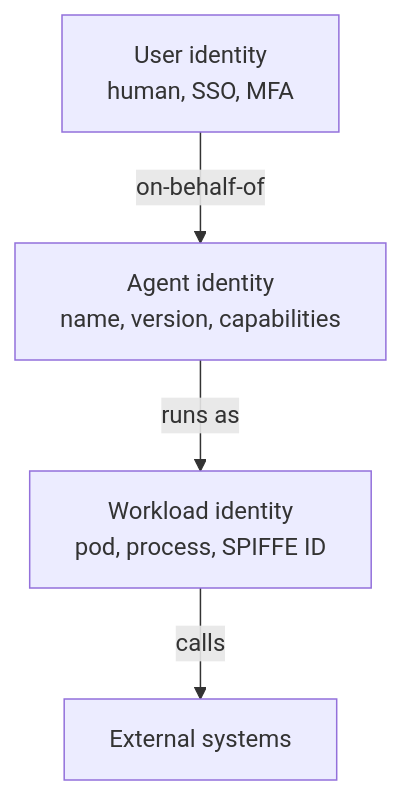
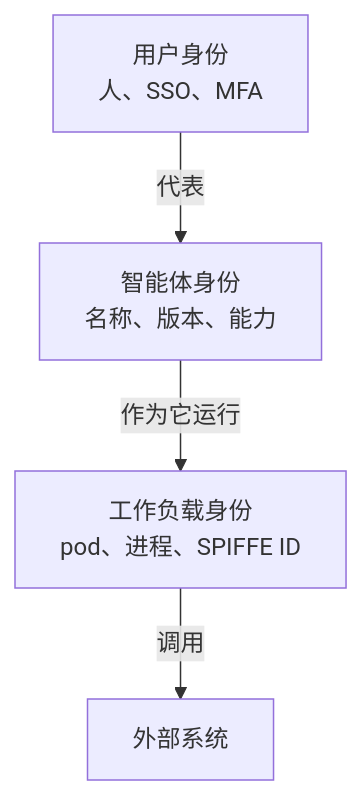
Before and after one commit to latere-ai/ai-as-an-infrastructure: the second of 3 diagrams in zh/safety/03-security-authorization.qmd, drawn with Mermaid. The commit also changed other lines of this file and 273 other files, not shown here.

Commit message:
docs: localize Chinese diagrams

````diff
--- a/zh/safety/03-security-authorization.qmd
+++ b/zh/safety/03-security-authorization.qmd
@@ -59,12 +59,12 @@
 ```{mermaid}
 %%| label: fig-security-three-identities
 %%| fig-cap: "每次调用上调和的三个正交主体。用户被委派到智能体之上，智能体作为工作负载运行，工作负载触达外部系统。每条轴都回答另外两条无法回答的一种归属。"
 graph TB
-    U["User identity<br/>human, SSO, MFA"]
-    A["Agent identity<br/>name, version, capabilities"]
-    W["Workload identity<br/>pod, process, SPIFFE ID"]
+    U["用户身份<br/>人、SSO、MFA"]
+    A["智能体身份<br/>名称、版本、能力"]
+    W["工作负载身份<br/>pod、进程、SPIFFE ID"]
 
-    U -->|"on-behalf-of"| A
-    A -->|"runs as"| W
-    W -->|"calls"| EXT["External systems"]
+    U -->|"代表"| A
+    A -->|"作为它运行"| W
+    W -->|"调用"| EXT["外部系统"]
 ```
````
